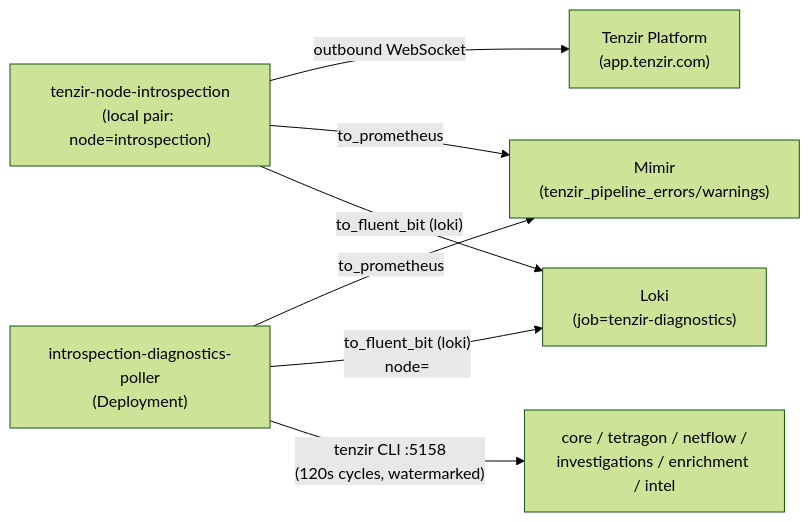
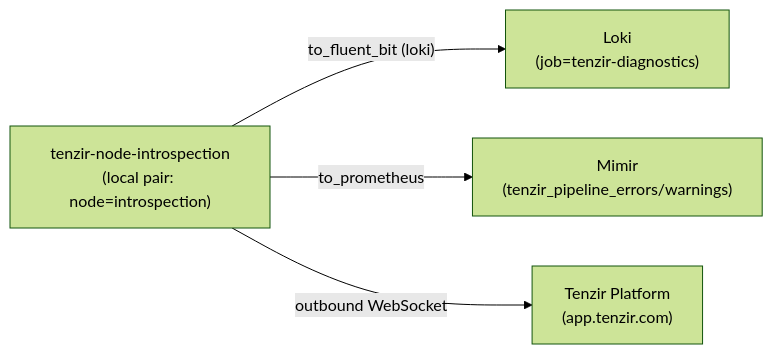
Before and after one commit to Apocrathia/homelab: the diagram in flux/manifests/04-apps/security/tenzir/nodes/introspection/README.md, drawn with Mermaid (forest theme). The commit also changed other lines of this file and 43 other files, not shown here.

First line of the commit message:
feat(tenzir): ship per-node diagnostics lanes, retire the poller

````diff
--- a/flux/manifests/04-apps/security/tenzir/nodes/introspection/README.md
+++ b/flux/manifests/04-apps/security/tenzir/nodes/introspection/README.md
@@ -44,9 +34,6 @@
 ```mermaid
 flowchart LR
     INT["tenzir-node-introspection<br/>(local pair: node=introspection)"] -->|"to_fluent_bit (loki)"| LOKI["Loki<br/>(job=tenzir-diagnostics)"]
     INT -->|"to_prometheus"| MIM["Mimir<br/>(tenzir_pipeline_errors/warnings)"]
     INT -->|"outbound WebSocket"| PLAT["Tenzir Platform<br/>(app.tenzir.com)"]
-    POLL["introspection-diagnostics-poller<br/>(Deployment)"] -->|"tenzir CLI :5158<br/>(120s cycles, watermarked)"| NODES["core / tetragon / netflow /<br/>investigations / enrichment / intel"]
-    POLL -->|"to_fluent_bit (loki)<br/>node=<target>"| LOKI
-    POLL -->|"to_prometheus"| MIM
 ```
````
